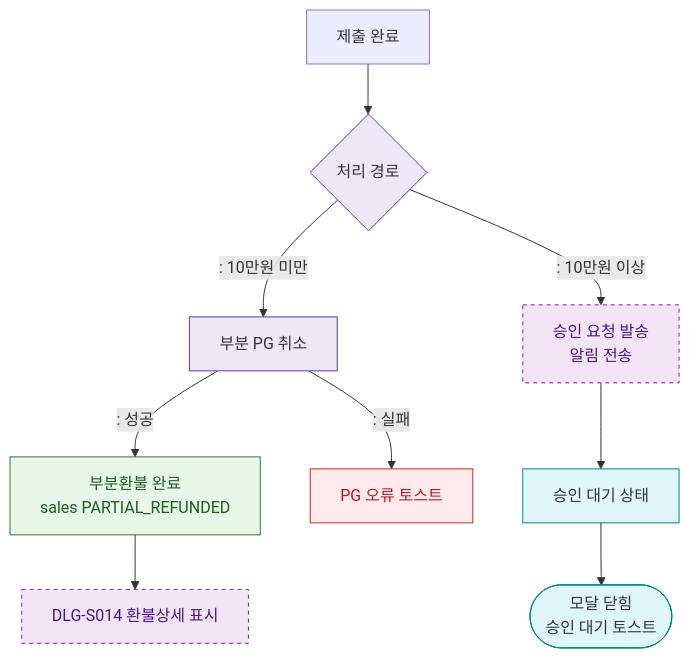
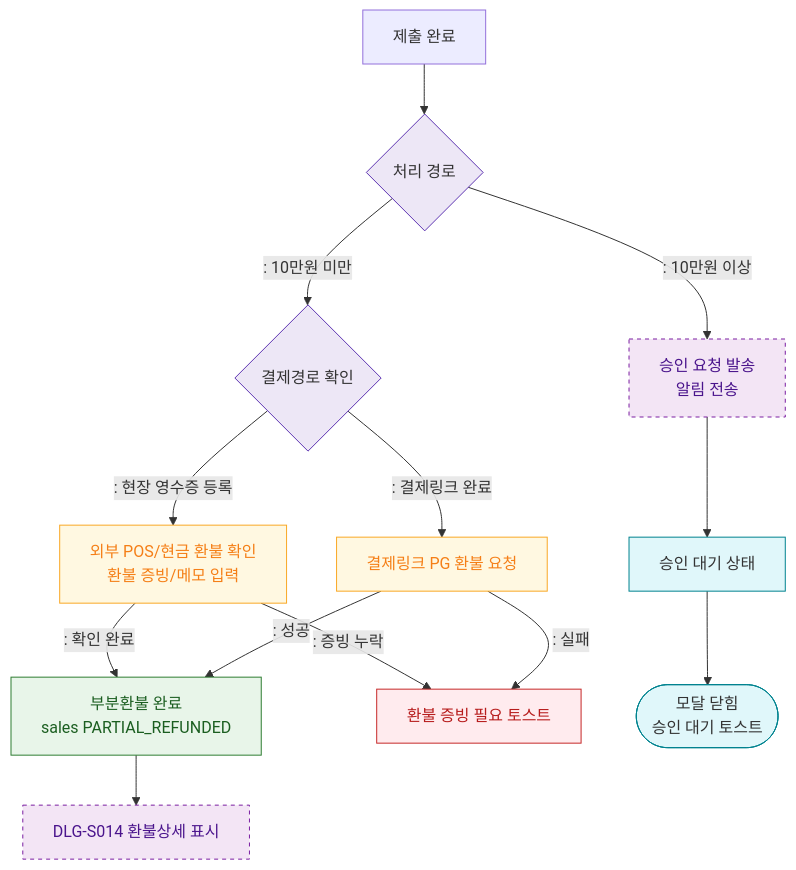
Before and after one commit to dev-spogym/admin-pando: the diagram in docs/admin/다이어그램/D03_매출관리/DLG-S015_환불요청/M3_결과분기.md, drawn with Mermaid. The commit also changed other lines of this file and 189 other files, not shown here.

````diff
--- a/docs/admin/다이어그램/D03_매출관리/DLG-S015_환불요청/M3_결과분기.md
+++ b/docs/admin/다이어그램/D03_매출관리/DLG-S015_환불요청/M3_결과분기.md
@@ -18,27 +18,34 @@
 ```mermaid
 flowchart TD
     SUBMIT_OK[제출 완료] --> ROUTE{처리 경로}
 
-    ROUTE -->|": 10만원 미만"|PG_PARTIAL[부분 PG 취소]
+    ROUTE -->|": 10만원 미만"|REFUND_ROUTE{결제경로 확인}
     ROUTE -->|": 10만원 이상"|SEND_APPROVAL[승인 요청 발송\n알림 전송]
 
-    PG_PARTIAL -->|": 성공"|PARTIAL_DONE[부분환불 완료\nsales PARTIAL_REFUNDED]
-    PG_PARTIAL -->|": 실패"|PG_ERR[PG 오류 토스트]
+    REFUND_ROUTE -->|": 현장 영수증 등록"|EXTERNAL_REFUND[외부 POS/현금 환불 확인\n환불 증빙/메모 입력]
+    REFUND_ROUTE -->|": 결제링크 완료"|LINK_PG_REFUND[결제링크 PG 환불 요청]
+
+    EXTERNAL_REFUND -->|": 확인 완료"|PARTIAL_DONE[부분환불 완료\nsales PARTIAL_REFUNDED]
+    EXTERNAL_REFUND -->|": 증빙 누락"|REFUND_ERR[환불 증빙 필요 토스트]
+    LINK_PG_REFUND -->|": 성공"|PARTIAL_DONE
+    LINK_PG_REFUND -->|": 실패"|REFUND_ERR
 
     SEND_APPROVAL --> APPROVAL_WAIT[승인 대기 상태]
 
     PARTIAL_DONE --> DLG_S014[DLG-S014 환불상세 표시]
     APPROVAL_WAIT --> CLOSED_WAIT([모달 닫힘\n승인 대기 토스트])
 
     classDef newFeature fill:#F3E5F5,stroke:#7B1FA2,color:#4A148C,stroke-dasharray:4 4
     classDef system fill:#EDE7F6,stroke:#5E35B2
     classDef success fill:#E8F5E9,stroke:#2E7D32,color:#1B5E20
     classDef info fill:#E0F7FA,stroke:#00838F
     classDef error fill:#FFEBEE,stroke:#C62828,color:#B71C1C
+    classDef warning fill:#FFF8E1,stroke:#F9A825,color:#F57F17
 
     class DLG_S014,SEND_APPROVAL newFeature
-    class ROUTE,PG_PARTIAL system
+    class ROUTE,REFUND_ROUTE system
+    class EXTERNAL_REFUND,LINK_PG_REFUND warning
     class PARTIAL_DONE success
     class APPROVAL_WAIT,CLOSED_WAIT info
-    class PG_ERR error
+    class REFUND_ERR error
 ```
````
